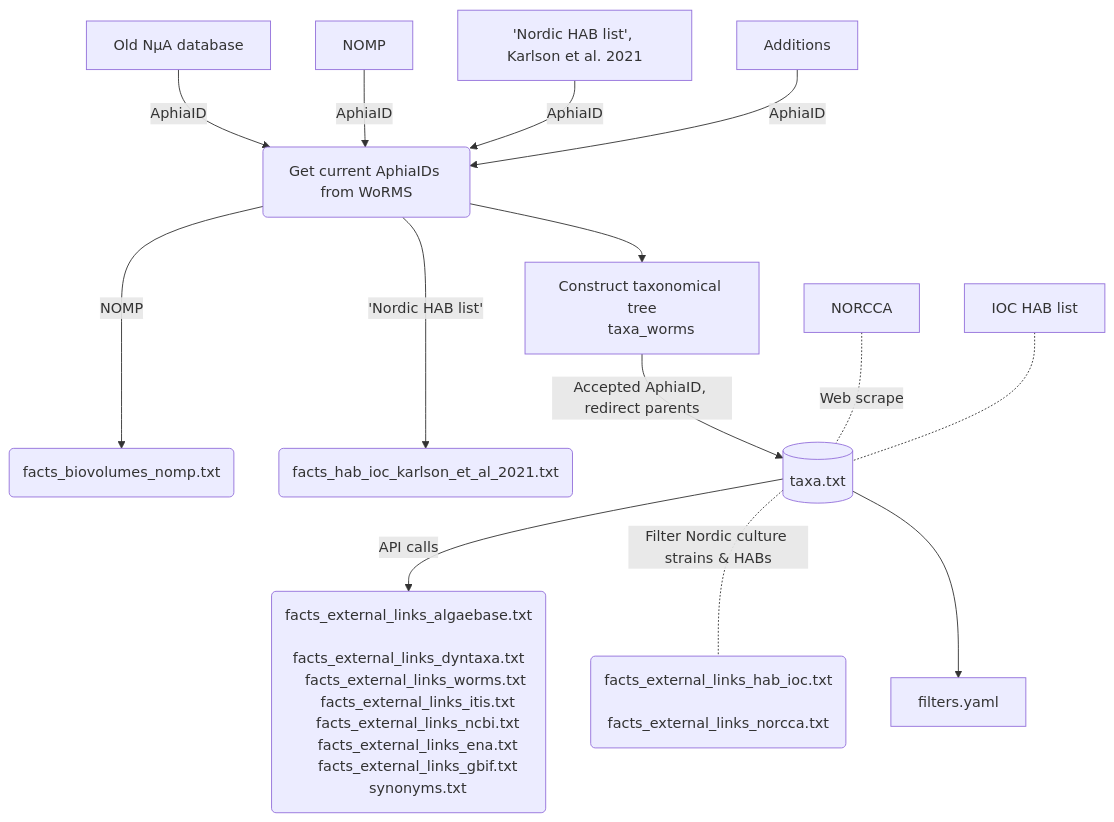
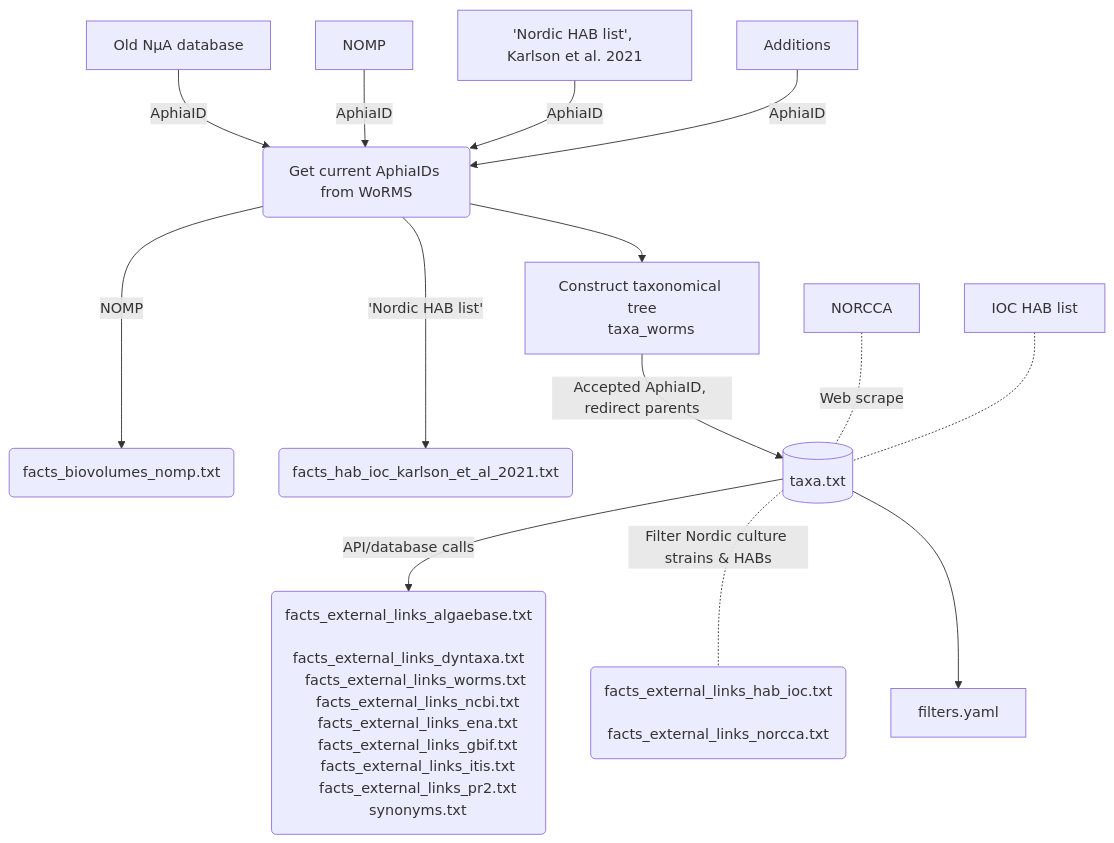
One commit to nordicmicroalgae/pipeline changed the diagram in README.md. Above: the diagram before and after it, drawn with Mermaid. The commit also changed other lines of this file, not shown here.

````diff
--- a/README.md
+++ b/README.md
@@ -42,24 +42,25 @@
 ```mermaid
 flowchart TD
     A[Old NµA database] -->|AphiaID| E(Get current AphiaIDs from WoRMS)
     B[NOMP] -->|AphiaID| E(Get current AphiaIDs from WoRMS)
     C['Nordic HAB list', Karlson et al. 2021] -->|AphiaID| E(Get current AphiaIDs from WoRMS)
     D[Additions] -->|AphiaID| E(Get current AphiaIDs from WoRMS)
     E --> F[Construct taxonomical tree
     taxa_worms]
     E --->|NOMP| G(facts_biovolumes_nomp.txt)
     E --->|'Nordic HAB list'| Q(facts_hab_ioc_karlson_et_al_2021.txt)
     F --> |Accepted AphiaID, redirect parents|H[(taxa.txt)]
-    H --> |API calls| K(facts_external_links_algaebase.txt
+    H --> |API/database calls| K(facts_external_links_algaebase.txt
     facts_external_links_dyntaxa.txt
     facts_external_links_worms.txt 
-    facts_external_links_itis.txt
     facts_external_links_ncbi.txt
     facts_external_links_ena.txt
     facts_external_links_gbif.txt
+    facts_external_links_itis.txt
+    facts_external_links_pr2.txt
     synonyms.txt )
     I[NORCCA] -.-|Web scrape| H -.-|Filter Nordic culture strains & HABs|J(facts_external_links_hab_ioc.txt
     facts_external_links_norcca.txt)
     L[IOC HAB list] -.- H
     H --> M[filters.yaml]
 ```
````
